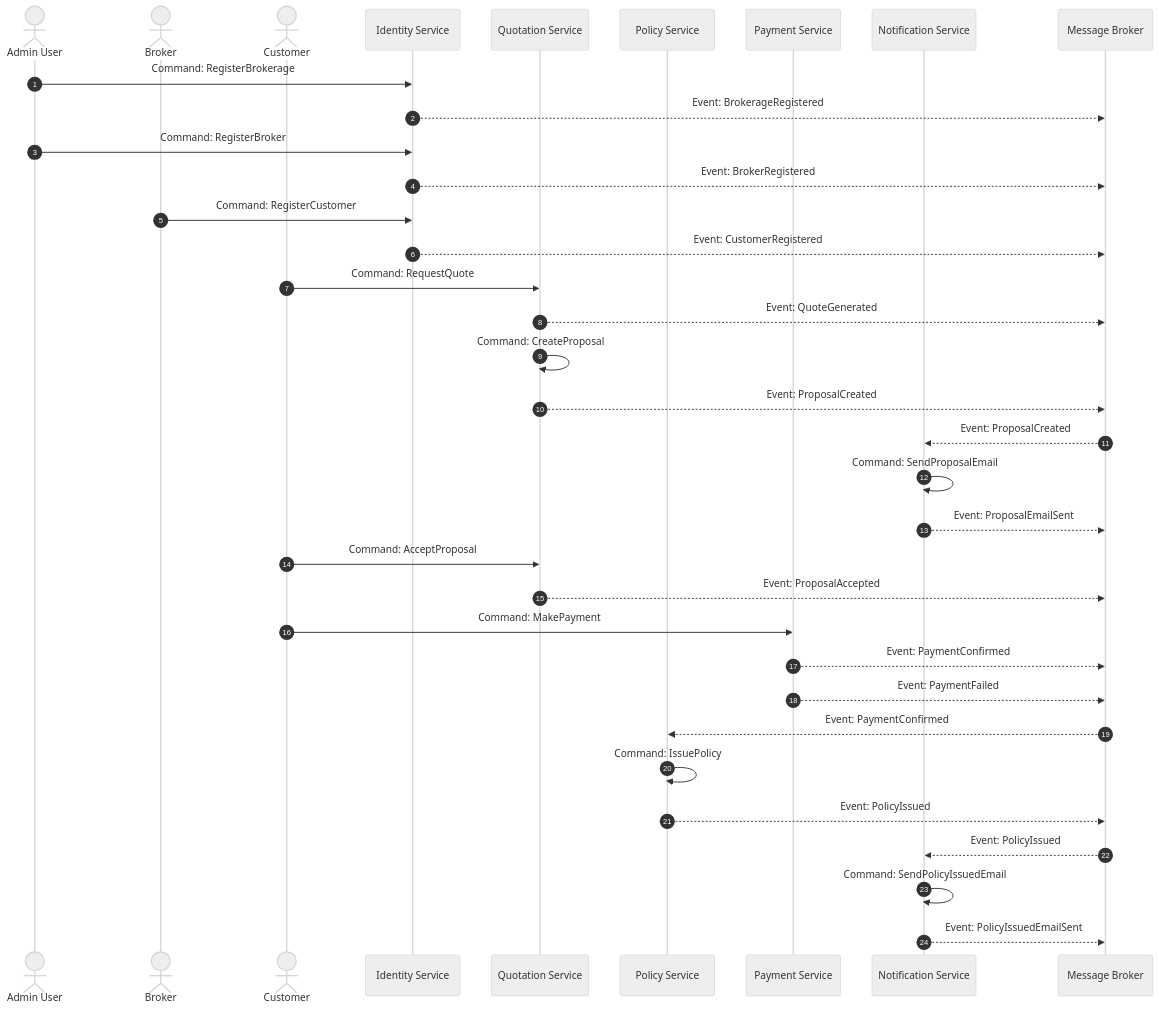
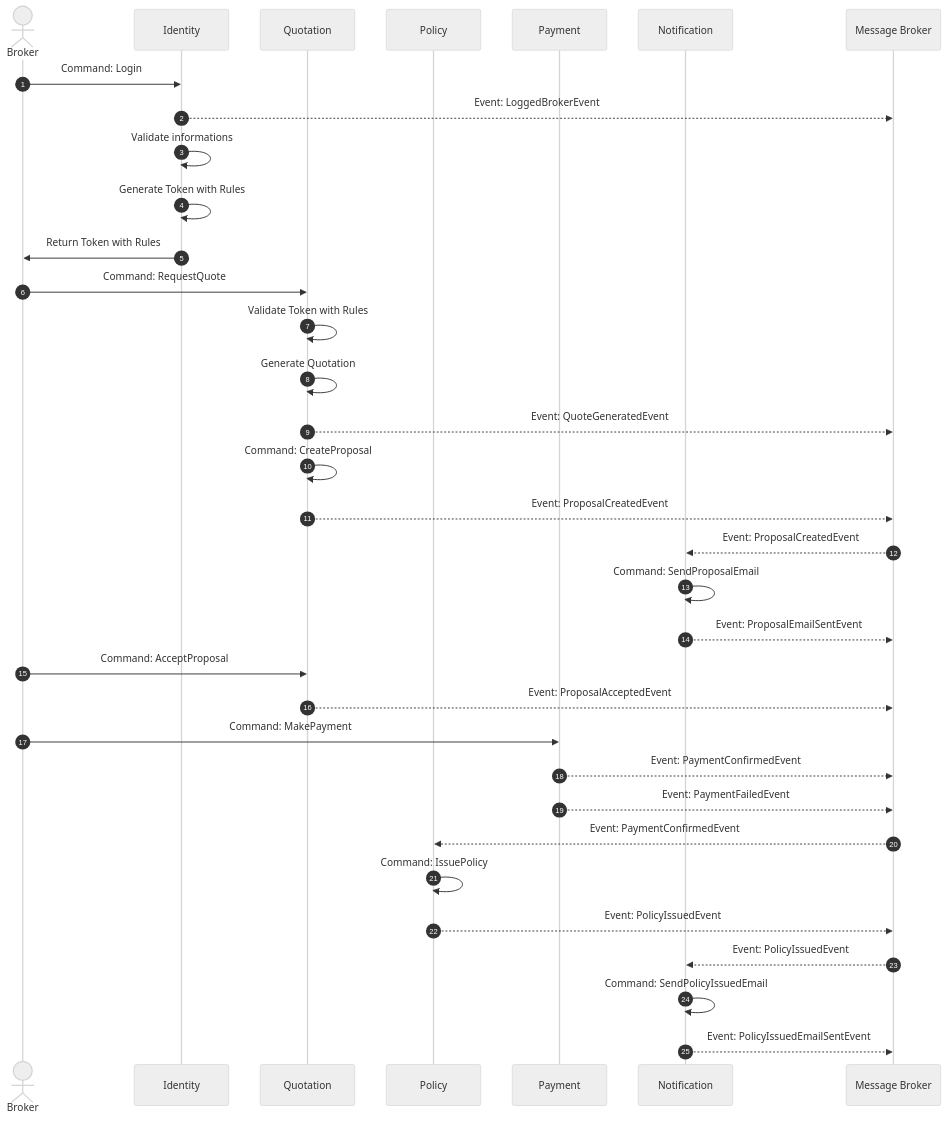
One commit to elyosemite/Yosef changed the diagram in docs/stories/policy-contracting-process.md. Above: the diagram before and after it, drawn with Mermaid (neutral theme).

Commit message:
Remove commends

````diff
--- a/docs/stories/policy-contracting-process.md
+++ b/docs/stories/policy-contracting-process.md
@@ -3,60 +3,46 @@
 ```mermaid
 sequenceDiagram
     autonumber
 
     %% Actors
-    actor Admin as Admin User
     actor Broker as Broker
-    actor Customer as Customer
-    participant Identity as Identity Service
-    participant Quotation as Quotation Service
-    participant Policy as Policy Service
-    participant Payment as Payment Service
-    participant Notification as Notification Service
+    participant Identity as Identity
+    participant Quotation as Quotation
+    participant Policy as Policy
+    participant Payment as Payment
+    participant Notification as Notification
     participant BrokerSystem as Message Broker
 
-    %% 1. Register Brokerage
-    Admin ->> Identity: Command: RegisterBrokerage
-    Identity -->> BrokerSystem: Event: BrokerageRegistered
+    Broker ->> Identity: Command: Login
+    Identity -->> BrokerSystem: Event: LoggedBrokerEvent
+    Identity ->> Identity: Validate informations
+    Identity ->> Identity: Generate Token with Rules
+    Identity ->> Broker: Return Token with Rules
 
-    %% 2. Register Broker
-    Admin ->> Identity: Command: RegisterBroker
-    Identity -->> BrokerSystem: Event: BrokerRegistered
+    Broker ->> Quotation: Command: RequestQuote
+    Quotation ->> Quotation: Validate Token with Rules
+    Quotation ->> Quotation: Generate Quotation
+    Quotation -->> BrokerSystem: Event: QuoteGeneratedEvent
 
-    %% 3. Register Customer
-    Broker ->> Identity: Command: RegisterCustomer
-    Identity -->> BrokerSystem: Event: CustomerRegistered
+    Quotation ->> Quotation: Command: CreateProposal
+    Quotation -->> BrokerSystem: Event: ProposalCreatedEvent
 
-    %% 4. Quotation Request
-    Customer ->> Quotation: Command: RequestQuote
-    Quotation -->> BrokerSystem: Event: QuoteGenerated
+    BrokerSystem -->> Notification: Event: ProposalCreatedEvent
+    Notification ->> Notification: Command: SendProposalEmail
+    Notification -->> BrokerSystem: Event: ProposalEmailSentEvent
 
-    %% 5. Proposal Creation
-    Quotation ->> Quotation: Command: CreateProposal
-    Quotation -->> BrokerSystem: Event: ProposalCreated
+    Broker ->> Quotation: Command: AcceptProposal
+    Quotation -->> BrokerSystem: Event: ProposalAcceptedEvent
 
-    %% 6. Send Proposal by Email
-    BrokerSystem -->> Notification: Event: ProposalCreated
-    Notification ->> Notification: Command: SendProposalEmail
-    Notification -->> BrokerSystem: Event: ProposalEmailSent
+    Broker ->> Payment: Command: MakePayment
+    Payment -->> BrokerSystem: Event: PaymentConfirmedEvent
+    Payment -->> BrokerSystem: Event: PaymentFailedEvent
 
-    %% 7. Customer Accepts Proposal
-    Customer ->> Quotation: Command: AcceptProposal
-    Quotation -->> BrokerSystem: Event: ProposalAccepted
+    BrokerSystem -->> Policy: Event: PaymentConfirmedEvent
+    Policy ->> Policy: Command: IssuePolicy
+    Policy -->> BrokerSystem: Event: PolicyIssuedEvent
 
-    %% 8. Payment Execution
-    Customer ->> Payment: Command: MakePayment
-    Payment -->> BrokerSystem: Event: PaymentConfirmed
-    Payment -->> BrokerSystem: Event: PaymentFailed
-
-    %% 9. Policy Issuance
-    BrokerSystem -->> Policy: Event: PaymentConfirmed
-    Policy ->> Policy: Command: IssuePolicy
-    Policy -->> BrokerSystem: Event: PolicyIssued
-
-    %% 10. Send Policy Confirmation Email
-    BrokerSystem -->> Notification: Event: PolicyIssued
+    BrokerSystem -->> Notification: Event: PolicyIssuedEvent
     Notification ->> Notification: Command: SendPolicyIssuedEmail
-    Notification -->> BrokerSystem: Event: PolicyIssuedEmailSent
-
+    Notification -->> BrokerSystem: Event: PolicyIssuedEmailSentEvent
 ```
````
